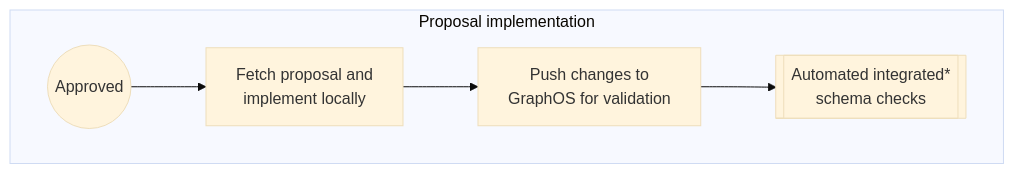
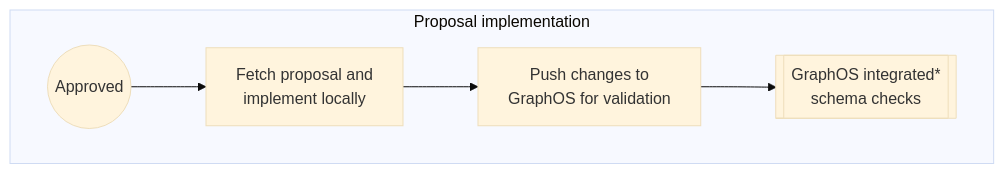
Before and after one commit to apollographql/docs: the third of 5 diagrams in src/content/graphos/delivery/schema-proposals.mdx, drawn with Mermaid (base theme). The commit also changed other lines of this file, not shown here.

Commit message:
Update diagram terminology

````diff
--- a/src/content/graphos/delivery/schema-proposals.mdx
+++ b/src/content/graphos/delivery/schema-proposals.mdx
@@ -79,12 +79,12 @@
 ```mermaid
 graph LR
     subgraph Approved ["Proposal implementation"]
     direction LR
     ApprovedStatus((Approved))
     Fetch["Fetch proposal and <br> implement locally"]
     Push["Push changes to <br> GraphOS  for validation"]
-    Check[["Automated integrated* <br/> schema checks"]]
+    Check[["GraphOS integrated* <br/> schema checks"]]
     ApprovedStatus --> Fetch --> Push --> Check
     end
     class ApprovedStatus secondary;
 ```
````
